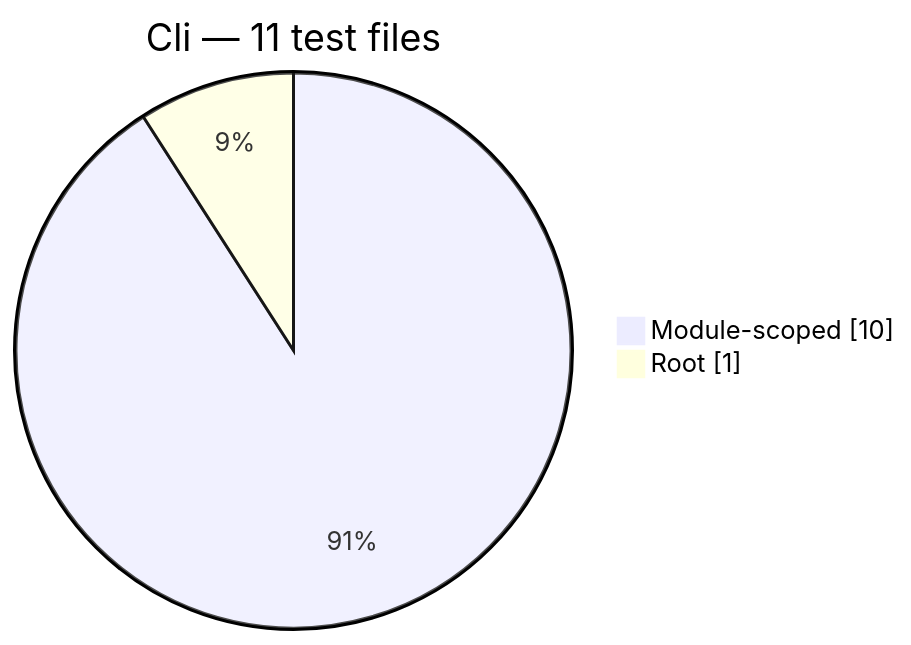
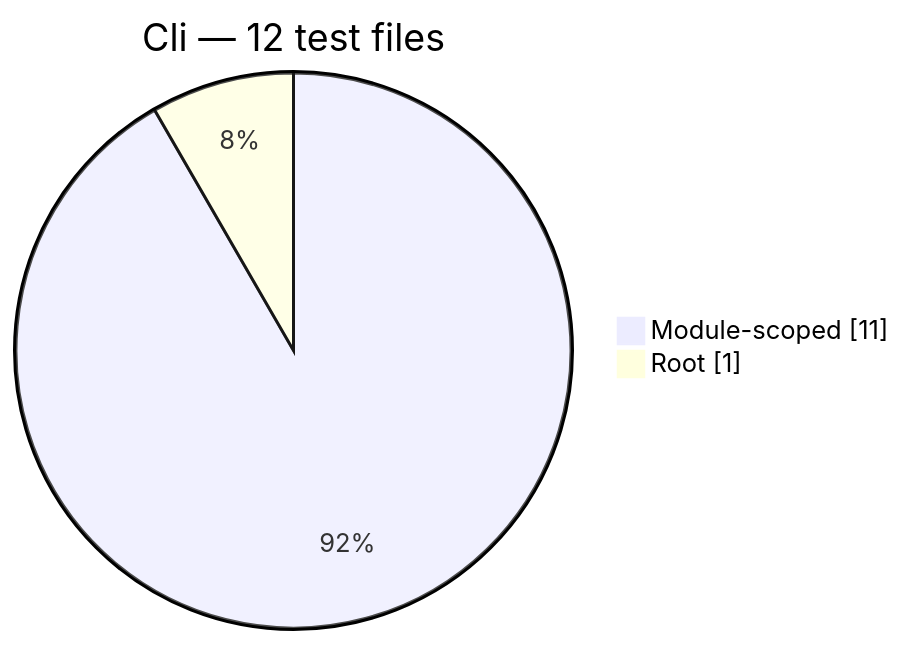
Before and after one commit to PHP-Arazzo/php-arazzo: the eighth of 13 diagrams in docs/generated/test-composition.md, drawn with Mermaid. The commit also changed other lines of this file and 23 other files, not shown here.

````diff
--- a/docs/generated/test-composition.md
+++ b/docs/generated/test-composition.md
@@ -120,6 +120,6 @@
 ```mermaid
 pie showData
-    title Cli — 11 test files
-    "Module-scoped": 10
+    title Cli — 12 test files
+    "Module-scoped": 11
     "Root": 1
 ```
````
